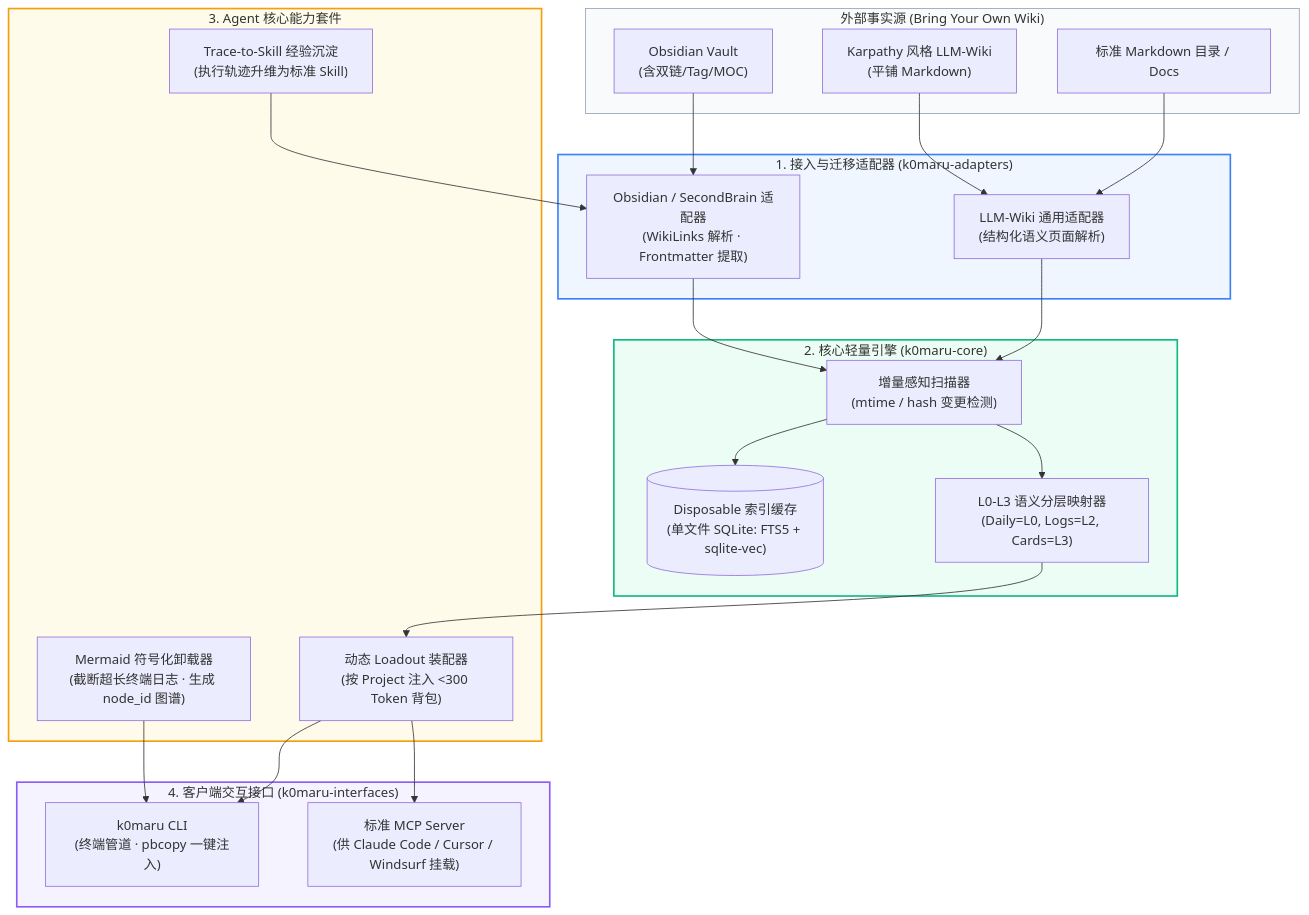
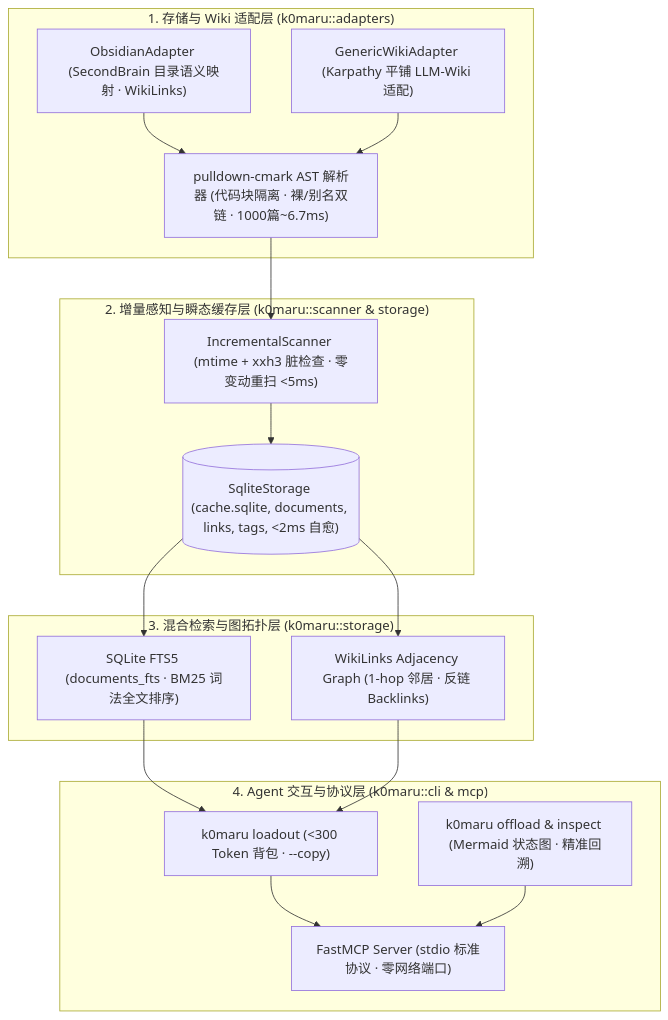
Before and after one commit to K0maru/k0maru-agent-memory: the diagram in README.md, drawn with Mermaid. The commit also changed other lines of this file and 48 other files, not shown here.

Commit message:
feat: implement k0maru-agent-memory standalone rust engine and mcp server

````diff
--- a/README.md
+++ b/README.md
@@ -67,51 +61,31 @@
 ```mermaid
 graph TD
-    subgraph StorageSources ["外部事实源 (Bring Your Own Wiki)"]
-        Obsidian["Obsidian Vault<br/>(含双链/Tag/MOC)"]
-        KarpathyWiki["Karpathy 风格 LLM-Wiki<br/>(平铺 Markdown)"]
-        CustomMarkdown["标准 Markdown 目录 / Docs"]
+    subgraph L1 ["1. 存储与 Wiki 适配层 (k0maru::adapters)"]
+        Obsidian["ObsidianAdapter (SecondBrain 目录语义映射 · WikiLinks)"]
+        Generic["GenericWikiAdapter (Karpathy 平铺 LLM-Wiki 适配)"]
+        Parser["pulldown-cmark AST 解析器 (代码块隔离 · 裸/别名双链 · 1000篇~6.7ms)"]
     end
 
-    subgraph Adapters ["1. 接入与迁移适配器 (k0maru-adapters)"]
-        ObsAdapter["Obsidian / SecondBrain 适配器<br/>(WikiLinks 解析 · Frontmatter 提取)"]
-        WikiAdapter["LLM-Wiki 通用适配器<br/>(结构化语义页面解析)"]
+    subgraph L2 ["2. 增量感知与瞬态缓存层 (k0maru::scanner & storage)"]
+        Scanner["IncrementalScanner (mtime + xxh3 脏检查 · 零变动重扫 <5ms)"]
+        Storage[("SqliteStorage (cache.sqlite, documents, links, tags, <2ms 自愈)")]
     end
 
-    subgraph CoreEngine ["2. 核心轻量引擎 (k0maru-core)"]
-        Scanner["增量感知扫描器<br/>(mtime / hash 变更检测)"]
-        Cache[("Disposable 索引缓存<br/>(单文件 SQLite: FTS5 + sqlite-vec)")]
-        Hierarchy["L0-L3 语义分层映射器<br/>(Daily=L0, Logs=L2, Cards=L3)"]
+    subgraph L3 ["3. 混合检索与图拓扑层 (k0maru::storage)"]
+        FTS5["SQLite FTS5 (documents_fts · BM25 词法全文排序)"]
+        Graph["WikiLinks Adjacency Graph (1-hop 邻居 · 反链 Backlinks)"]
     end
 
-    subgraph AgentFeatures ["3. Agent 核心能力套件"]
-        LoadoutEngine["动态 Loadout 装配器<br/>(按 Project 注入 <300 Token 背包)"]
-        OffloadEngine["Mermaid 符号化卸载器<br/>(截断超长终端日志 · 生成 node_id 图谱)"]
-        SkillDistill["Trace-to-Skill 经验沉淀<br/>(执行轨迹升维为标准 Skill)"]
+    subgraph L4 ["4. Agent 交互与协议层 (k0maru::cli & mcp)"]
+        Loadout["k0maru loadout (<300 Token 背包 · --copy)"]
+        Offload["k0maru offload & inspect (Mermaid 状态图 · 精准回溯)"]
+        MCP["FastMCP Server (stdio 标准协议 · 零网络端口)"]
     end
 
-    subgraph ClientInterfaces ["4. 客户端交互接口 (k0maru-interfaces)"]
-        CLI["k0maru CLI<br/>(终端管道 · pbcopy 一键注入)"]
-        MCPServer["标准 MCP Server<br/>(供 Claude Code / Cursor / Windsurf 挂载)"]
-    end
-
-    Obsidian --> ObsAdapter
-    KarpathyWiki --> WikiAdapter
-    CustomMarkdown --> WikiAdapter
-
-    ObsAdapter --> Scanner
-    WikiAdapter --> Scanner
-    Scanner --> Cache
-    Scanner --> Hierarchy
-
-    Hierarchy --> LoadoutEngine
-    OffloadEngine --> CLI
-    LoadoutEngine --> CLI
-    LoadoutEngine --> MCPServer
-    SkillDistill --> ObsAdapter
-
-    style StorageSources fill:#f8fafc,stroke:#94a3b8
-    style Adapters fill:#eff6ff,stroke:#3b82f6,stroke-width:2px
-    style CoreEngine fill:#ecfdf5,stroke:#10b981,stroke-width:2px
-    style AgentFeatures fill:#fffbeb,stroke:#f59e0b,stroke-width:2px
-    style ClientInterfaces fill:#f5f3ff,stroke:#8b5cf6,stroke-width:2px
+    Obsidian & Generic --> Parser
+    Parser --> Scanner
+    Scanner --> Storage
+    Storage --> FTS5 & Graph
+    FTS5 & Graph --> Loadout
+    Loadout & Offload --> MCP
 ```
````
